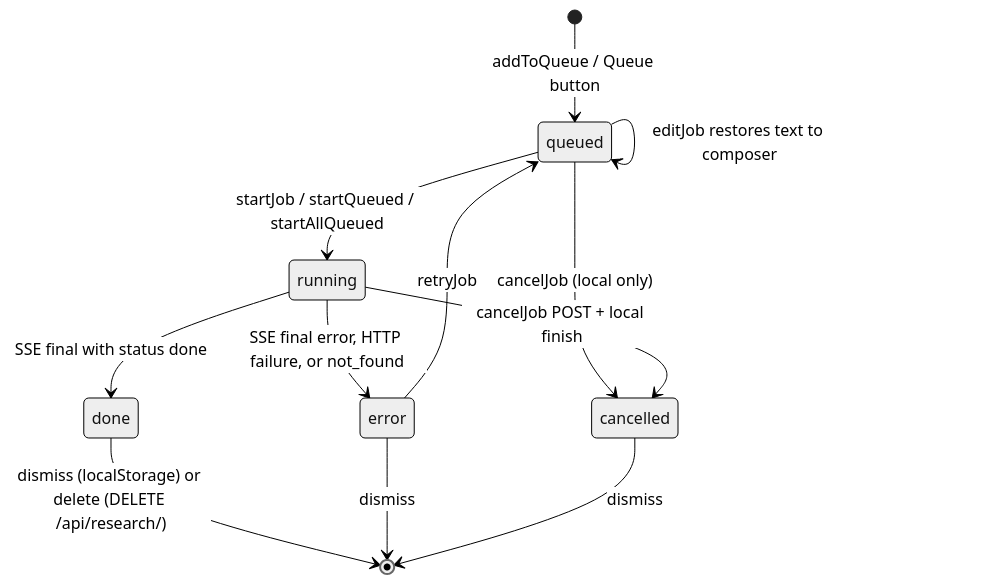
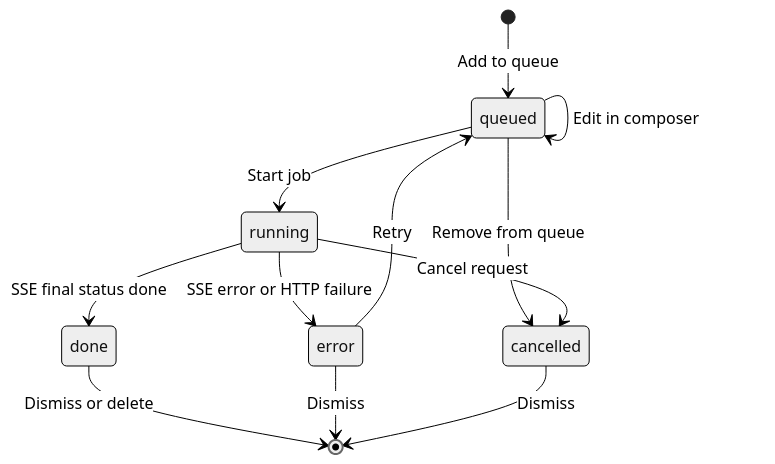
The fourth of 5 diagrams in content/docs/modules/research.mdx (yash-dev007/Zephyrus_WEB), drawn with Mermaid (neutral theme) before and after one commit. The commit also changed other lines of this file, not shown here.

Commit message:
Rewrite Deep Research module documentation

````diff
--- a/content/docs/modules/research.mdx
+++ b/content/docs/modules/research.mdx
@@ -324,14 +429,14 @@
 ```mermaid
 stateDiagram-v2
-    [*] --> queued: addToQueue / Queue button
-    queued --> running: startJob / startQueued / startAllQueued
-    queued --> cancelled: cancelJob (local only)
-    queued --> queued: editJob restores text to composer
-    running --> done: SSE final with status done
-    running --> error: SSE final error, HTTP failure, or not_found
-    running --> cancelled: cancelJob POST + local finish
-    error --> queued: retryJob
-    done --> [*]: dismiss (localStorage) or delete (DELETE /api/research/<id>)
-    error --> [*]: dismiss
-    cancelled --> [*]: dismiss
+    [*] --> queued: Add to queue
+    queued --> running: Start job
+    queued --> cancelled: Remove from queue
+    queued --> queued: Edit in composer
+    running --> done: SSE final status done
+    running --> error: SSE error or HTTP failure
+    running --> cancelled: Cancel request
+    error --> queued: Retry
+    done --> [*]: Dismiss or delete
+    error --> [*]: Dismiss
+    cancelled --> [*]: Dismiss
 ```
````
